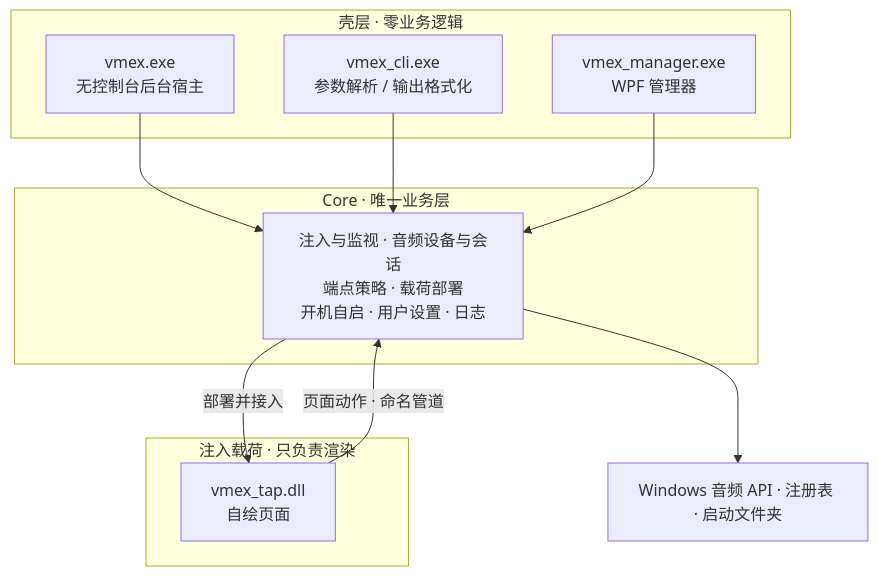
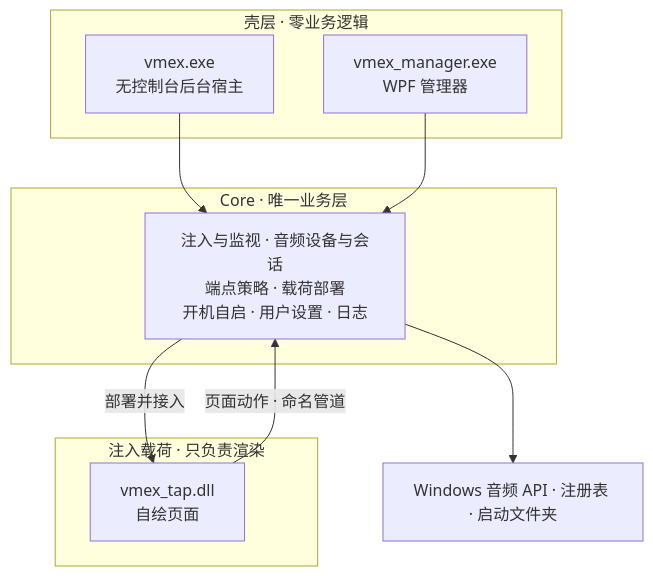
Before and after one commit to EricZhang233/VolumeMixerExtender: the diagram in README.md, drawn with Mermaid. The commit also changed other lines of this file and 77 other files, not shown here.

````diff
--- a/README.md
+++ b/README.md
@@ -167,20 +153,18 @@
 ```mermaid
 flowchart TB
     subgraph Shell["壳层 · 零业务逻辑"]
         HOST["vmex.exe<br/>无控制台后台宿主"]
-        CLI["vmex_cli.exe<br/>参数解析 / 输出格式化"]
         GUI["vmex_manager.exe<br/>WPF 管理器"]
     end
     subgraph Core["Core · 唯一业务层"]
         SVC["注入与监视 · 音频设备与会话<br/>端点策略 · 载荷部署<br/>开机自启 · 用户设置 · 日志"]
     end
     subgraph Payload["注入载荷 · 只负责渲染"]
         TAP["vmex_tap.dll<br/>自绘页面"]
     end
     HOST --> SVC
-    CLI --> SVC
     GUI --> SVC
     SVC -->|部署并接入| TAP
     TAP -->|页面动作 · 命名管道| SVC
     SVC --> OS["Windows 音频 API · 注册表 · 启动文件夹"]
 ```
````
